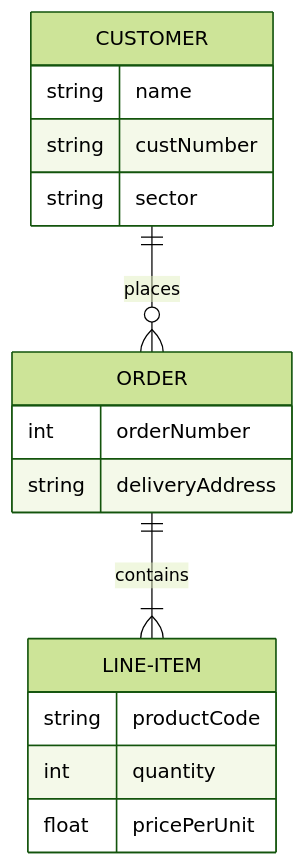
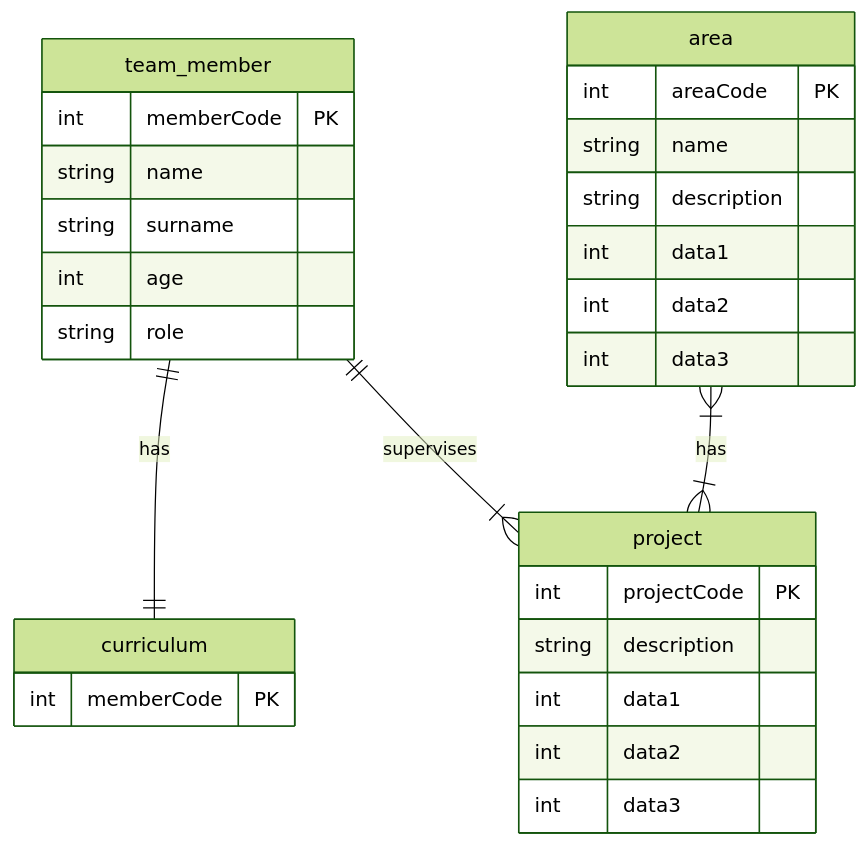
Before and after one commit to zibasPk/hypermedia-application-2023: the diagram in README.md, drawn with Mermaid (forest theme). The commit also changed other lines of this file, not shown here.

Commit message:
updated er diagramm

````diff
--- a/README.md
+++ b/README.md
@@ -7,19 +9,33 @@
 ```mermaid
-erDiagram
-    CUSTOMER ||--o{ ORDER : places
-    CUSTOMER {
+erDiagram 
+    team_member {
+        int memberCode PK
         string name
-        string custNumber
-        string sector
+        string surname
+        int age
+        string role
     }
-    ORDER ||--|{ LINE-ITEM : contains
-    ORDER {
-        int orderNumber
-        string deliveryAddress
+    curriculum {
+        int memberCode PK
     }
-    LINE-ITEM {
-        string productCode
-        int quantity
-        float pricePerUnit
+    area {
+        int areaCode PK
+        string name
+        string description
+        int data1
+        int data2
+        int data3
     }
+    project {
+        int projectCode PK
+        string description
+        int data1
+        int data2
+        int data3
+    }
+
+    team_member ||--|| curriculum : has
+    team_member ||--|{ project : supervises
+    area }|--|{ project: has
+
 ```
````
